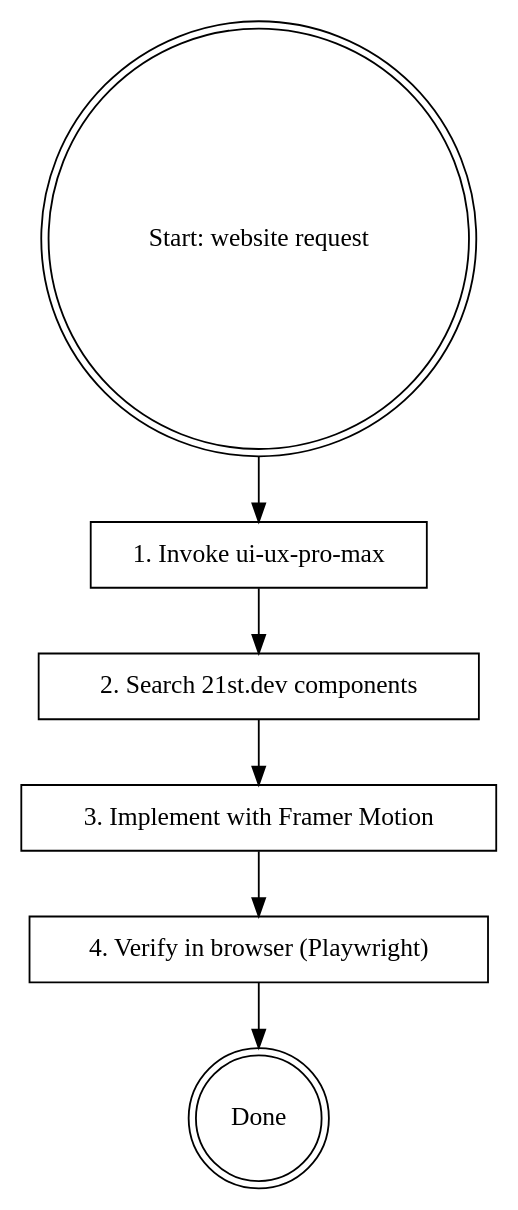
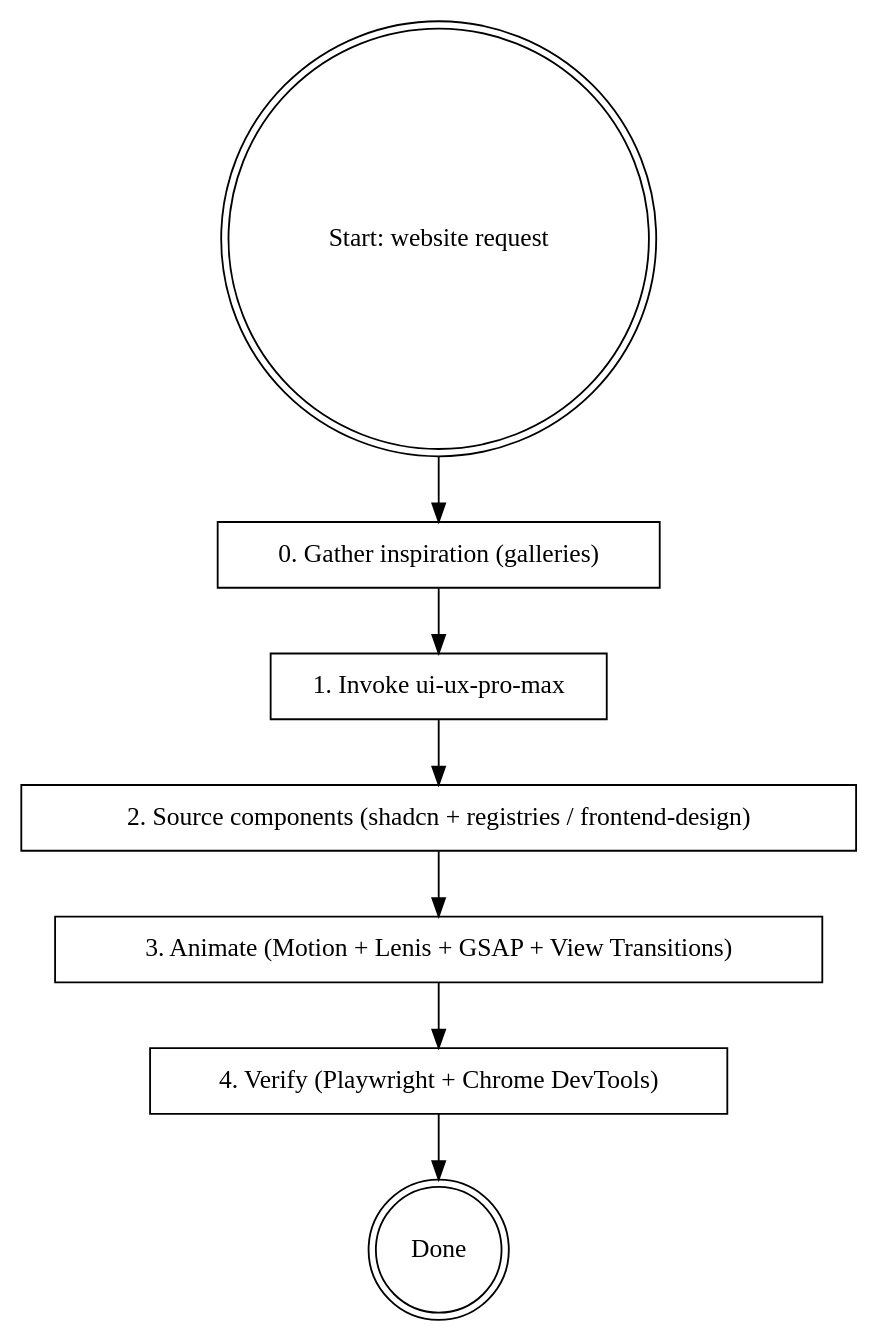
One commit to ECamposSoria/claude-plugins changed the diagram in plugins/website-builder/skills/website-builder/SKILL.md. Above: the diagram before and after it, drawn with Graphviz. The commit also changed other lines of this file and 1 other file, not shown here.

Commit message:
website-builder: free animated registries, GSAP+View Transitions, context7 local-first grounding, Chrome DevTools verify; 21st→logo-only; env-var key

````diff
--- a/plugins/website-builder/skills/website-builder/SKILL.md
+++ b/plugins/website-builder/skills/website-builder/SKILL.md
@@ -20,16 +39,18 @@
 ```dot
 digraph website_builder {
     "Start: website request" [shape=doublecircle];
+    "0. Gather inspiration (galleries)" [shape=box];
     "1. Invoke ui-ux-pro-max" [shape=box];
-    "2. Search 21st.dev components" [shape=box];
-    "3. Implement with Framer Motion" [shape=box];
-    "4. Verify in browser (Playwright)" [shape=box];
+    "2. Source components (shadcn + registries / frontend-design)" [shape=box];
+    "3. Animate (Motion + Lenis + GSAP + View Transitions)" [shape=box];
+    "4. Verify (Playwright + Chrome DevTools)" [shape=box];
     "Done" [shape=doublecircle];
 
-    "Start: website request" -> "1. Invoke ui-ux-pro-max";
-    "1. Invoke ui-ux-pro-max" -> "2. Search 21st.dev components";
-    "2. Search 21st.dev components" -> "3. Implement with Framer Motion";
-    "3. Implement with Framer Motion" -> "4. Verify in browser (Playwright)";
-    "4. Verify in browser (Playwright)" -> "Done";
+    "Start: website request" -> "0. Gather inspiration (galleries)";
+    "0. Gather inspiration (galleries)" -> "1. Invoke ui-ux-pro-max";
+    "1. Invoke ui-ux-pro-max" -> "2. Source components (shadcn + registries / frontend-design)";
+    "2. Source components (shadcn + registries / frontend-design)" -> "3. Animate (Motion + Lenis + GSAP + View Transitions)";
+    "3. Animate (Motion + Lenis + GSAP + View Transitions)" -> "4. Verify (Playwright + Chrome DevTools)";
+    "4. Verify (Playwright + Chrome DevTools)" -> "Done";
 }
 ```
````
